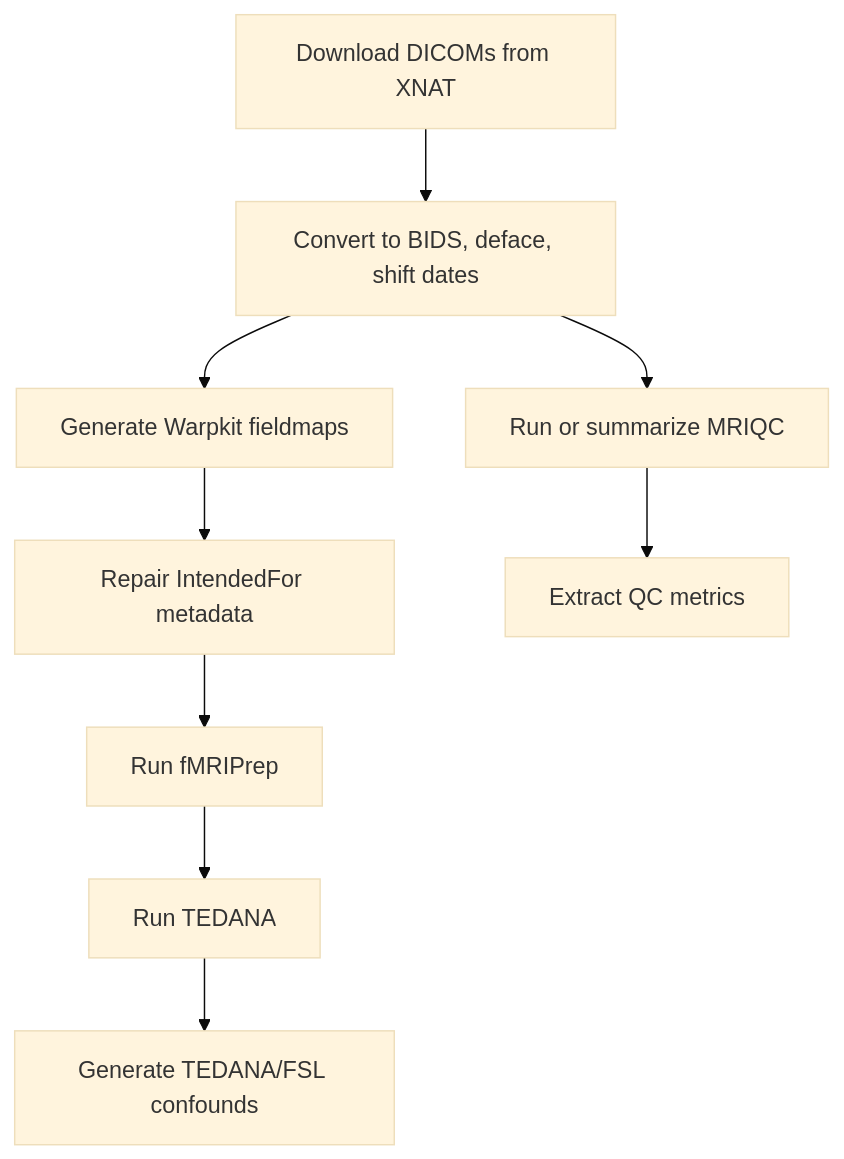
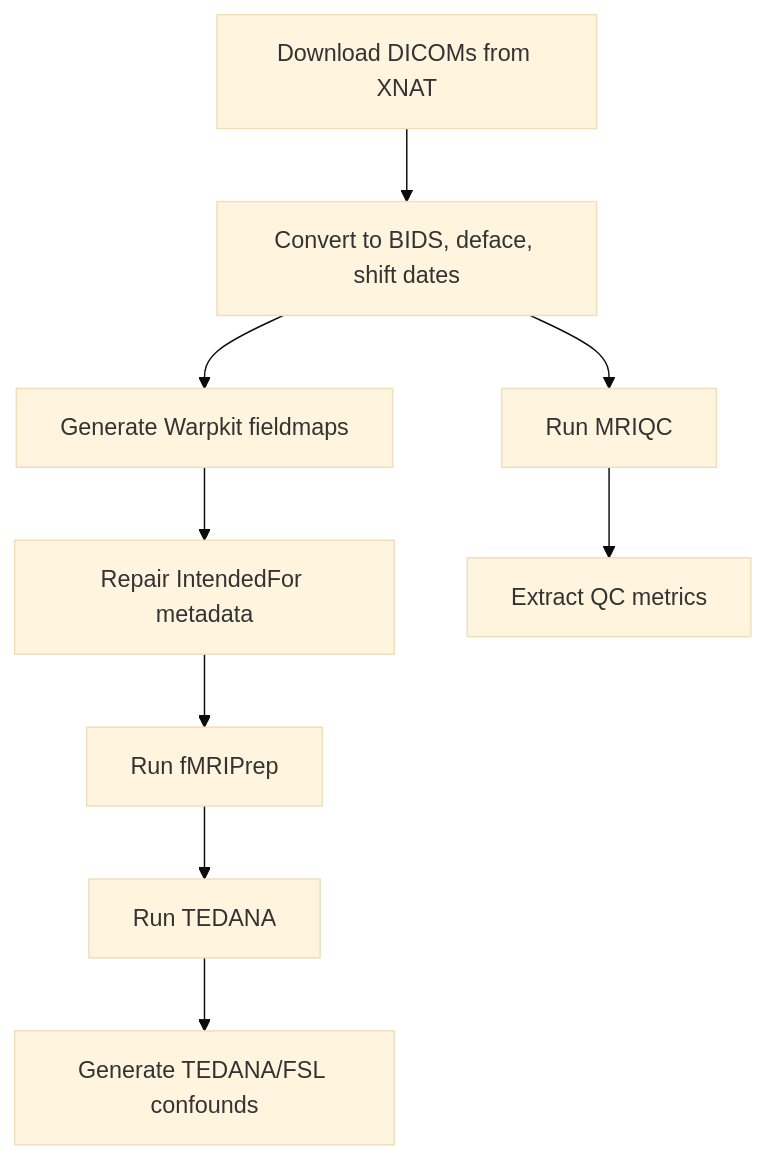
The diagram in README.md (DVS-Lab/rf1-sra-linux2), drawn with Mermaid (base theme) before and after one commit. The commit also changed other lines of this file and 5 other files, not shown here.

````diff
--- a/README.md
+++ b/README.md
@@ -62,11 +62,11 @@
 ```mermaid
 flowchart TD
   A["Download DICOMs from XNAT"] --> B["Convert to BIDS, deface, shift dates"]
   B --> C["Generate Warpkit fieldmaps"]
   C --> D["Repair IntendedFor metadata"]
   D --> E["Run fMRIPrep"]
   E --> F["Run TEDANA"]
   F --> G["Generate TEDANA/FSL confounds"]
-  B --> H["Run or summarize MRIQC"]
+  B --> H["Run MRIQC"]
   H --> I["Extract QC metrics"]
 ```
````
